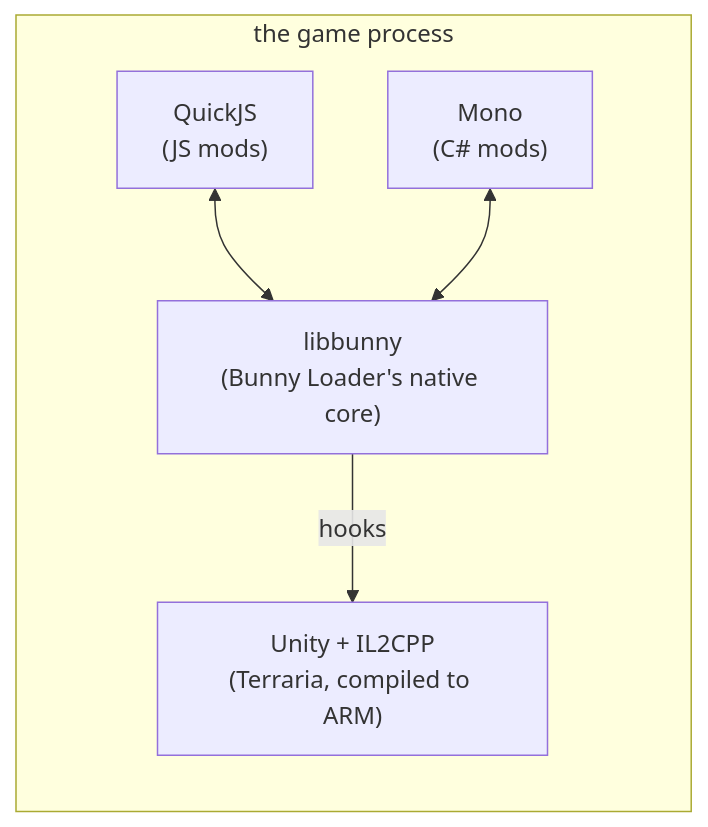
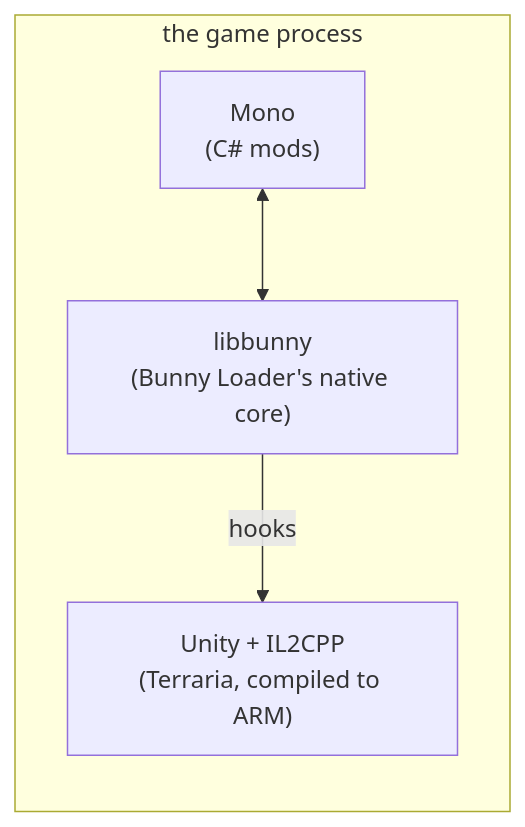
The first of 3 diagrams in docs/mods-em-csharp/08-por-baixo-dos-panos.md (JonataOliveiraa/Bunny-Loader), drawn with Mermaid before and after one commit. The commit also changed other lines of this file and 33 other files, not shown here.

````diff
--- a/docs/mods-em-csharp/08-por-baixo-dos-panos.md
+++ b/docs/mods-em-csharp/08-por-baixo-dos-panos.md
@@ -10,12 +10,10 @@
 ```mermaid
 flowchart LR
     subgraph P["the game process"]
         U["Unity + IL2CPP<br/>(Terraria, compiled to ARM)"]
         B["libbunny<br/>(Bunny Loader's native core)"]
-        Q["QuickJS<br/>(JS mods)"]
         M["Mono<br/>(C# mods)"]
     end
     B -- "hooks" --> U
-    Q <--> B
     M <--> B
 ```
````
